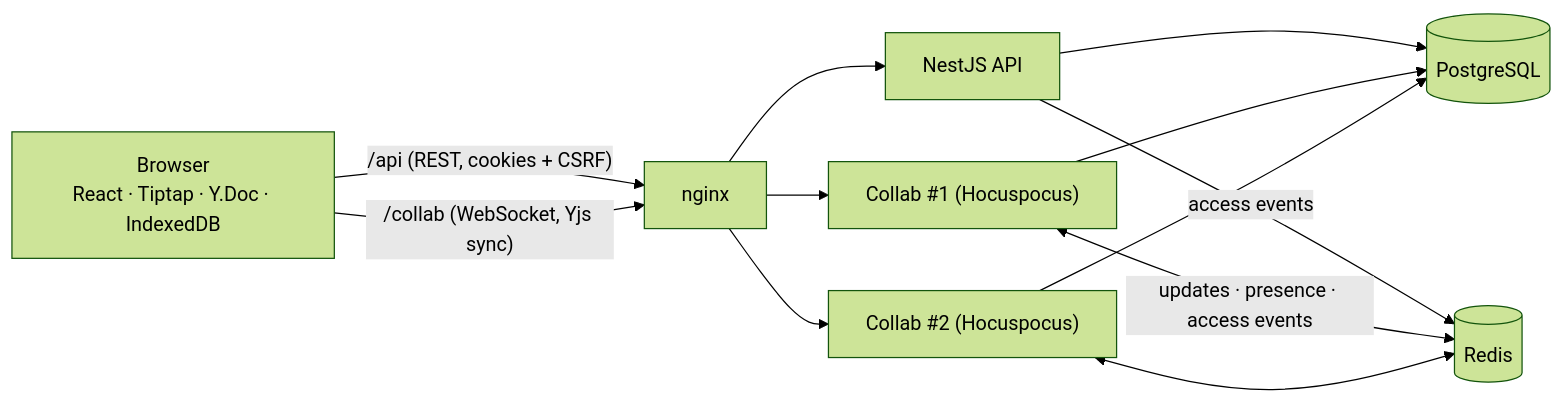
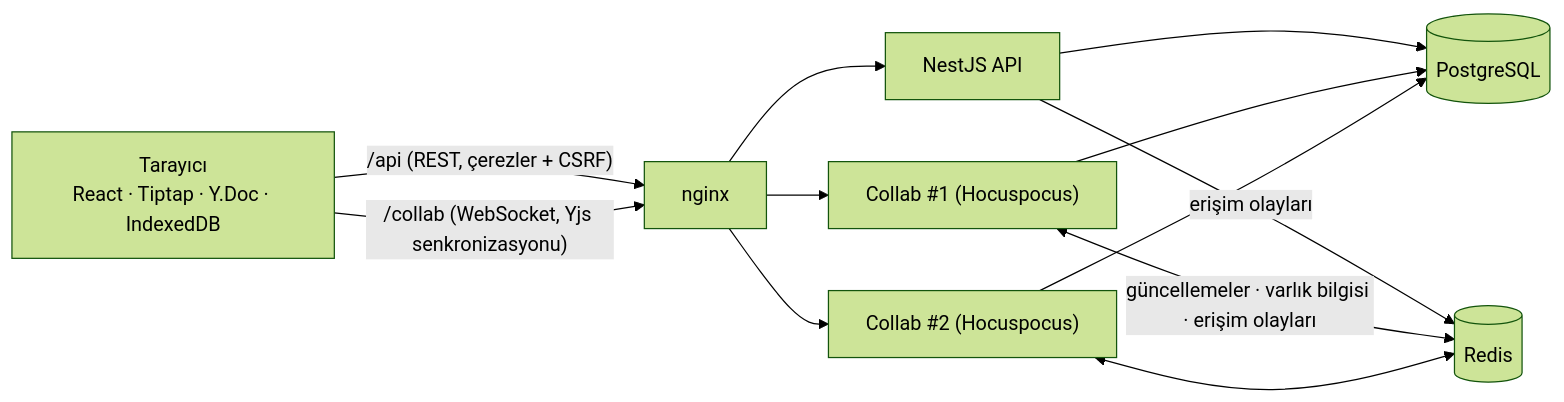
Before and after one commit to melihuur1/syncnotes: the diagram in README.md, drawn with Mermaid (forest theme). The commit also changed other lines of this file and 1 other file, not shown here.

````diff
--- a/README.md
+++ b/README.md
@@ -63,13 +69,13 @@
 ```mermaid
 flowchart LR
-  B["Browser<br/>React · Tiptap · Y.Doc · IndexedDB"] -- "/api (REST, cookies + CSRF)" --> N[nginx]
-  B -- "/collab (WebSocket, Yjs sync)" --> N
+  B["Tarayıcı<br/>React · Tiptap · Y.Doc · IndexedDB"] -- "/api (REST, çerezler + CSRF)" --> N[nginx]
+  B -- "/collab (WebSocket, Yjs senkronizasyonu)" --> N
   N --> API["NestJS API"]
   N --> C1["Collab #1 (Hocuspocus)"]
   N --> C2["Collab #2 (Hocuspocus)"]
   API --> PG[(PostgreSQL)]
   C1 & C2 --> PG
-  API -- access events --> R[(Redis)]
-  C1 <-- updates · presence · access events --> R
+  API -- "erişim olayları" --> R[(Redis)]
+  C1 <-- "güncellemeler · varlık bilgisi · erişim olayları" --> R
   C2 <--> R
 ```
````
